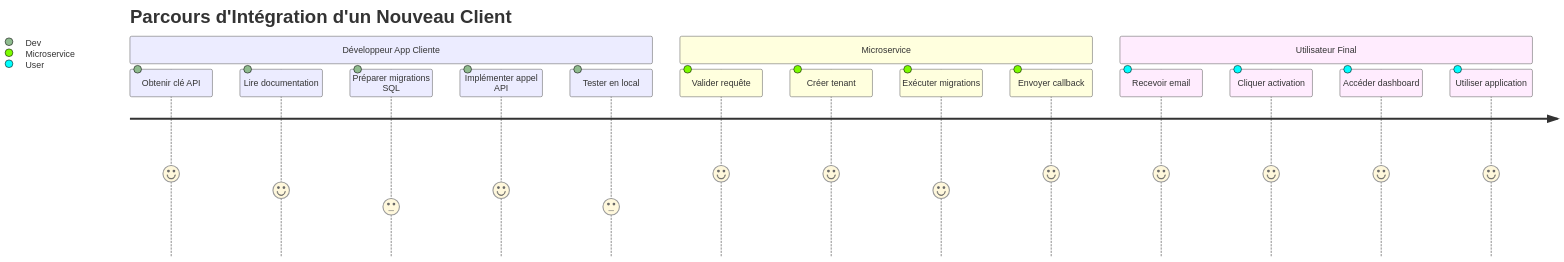
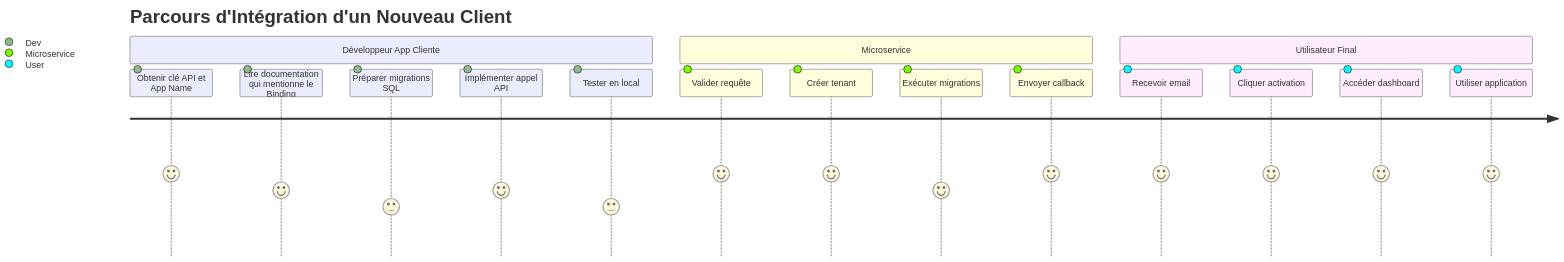
One commit to Raftfg/Process_onboarding changed the fifth of 5 diagrams in SCHEMAS_VISUELS.md. Above: the diagram before and after it, drawn with Mermaid. The commit also changed other lines of this file and 12 other files, not shown here.

````diff
--- a/SCHEMAS_VISUELS.md
+++ b/SCHEMAS_VISUELS.md
@@ -246,20 +249,20 @@
 ```mermaid
 journey
     title Parcours d'Intégration d'un Nouveau Client
     section Développeur App Cliente
-      Obtenir clé API: 5: Dev
-      Lire documentation: 4: Dev
+      Obtenir clé API et App Name: 5: Dev
+      Lire documentation qui mentionne le Binding: 4: Dev
       Préparer migrations SQL: 3: Dev
       Implémenter appel API: 4: Dev
       Tester en local: 3: Dev
     section Microservice
       Valider requête: 5: Microservice
       Créer tenant: 5: Microservice
       Exécuter migrations: 4: Microservice
       Envoyer callback: 5: Microservice
     section Utilisateur Final
       Recevoir email: 5: User
       Cliquer activation: 5: User
       Accéder dashboard: 5: User
       Utiliser application: 5: User
 ```
````
